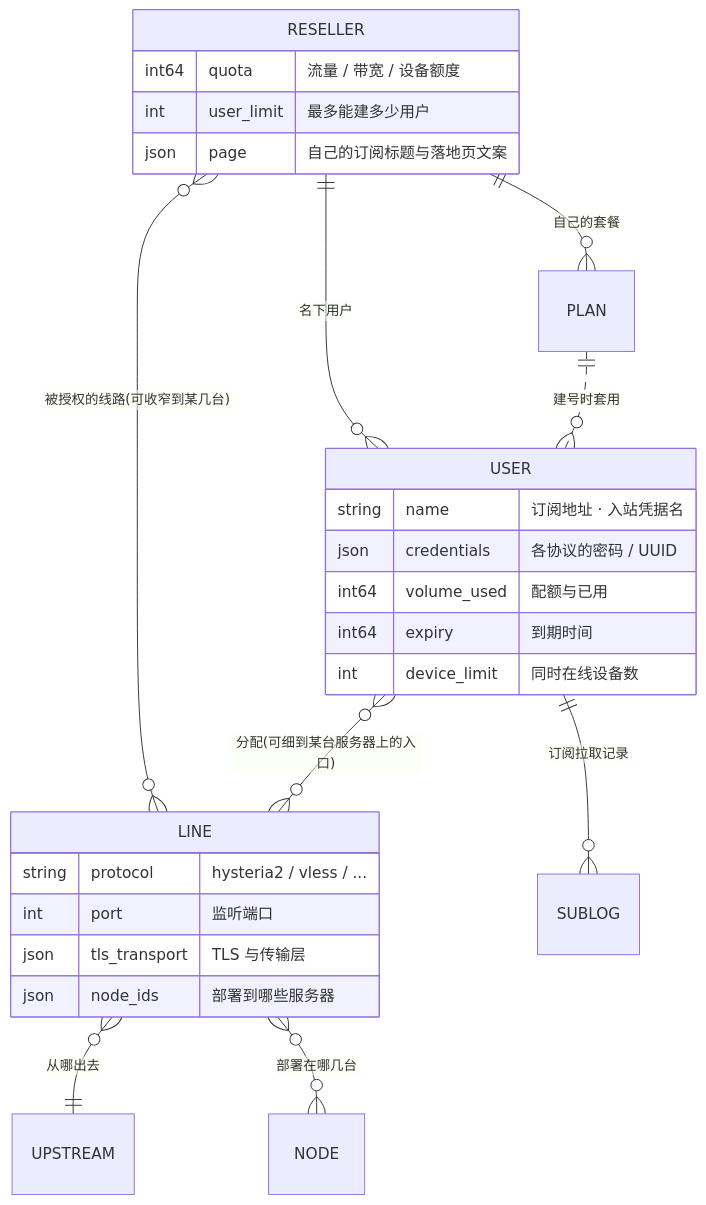
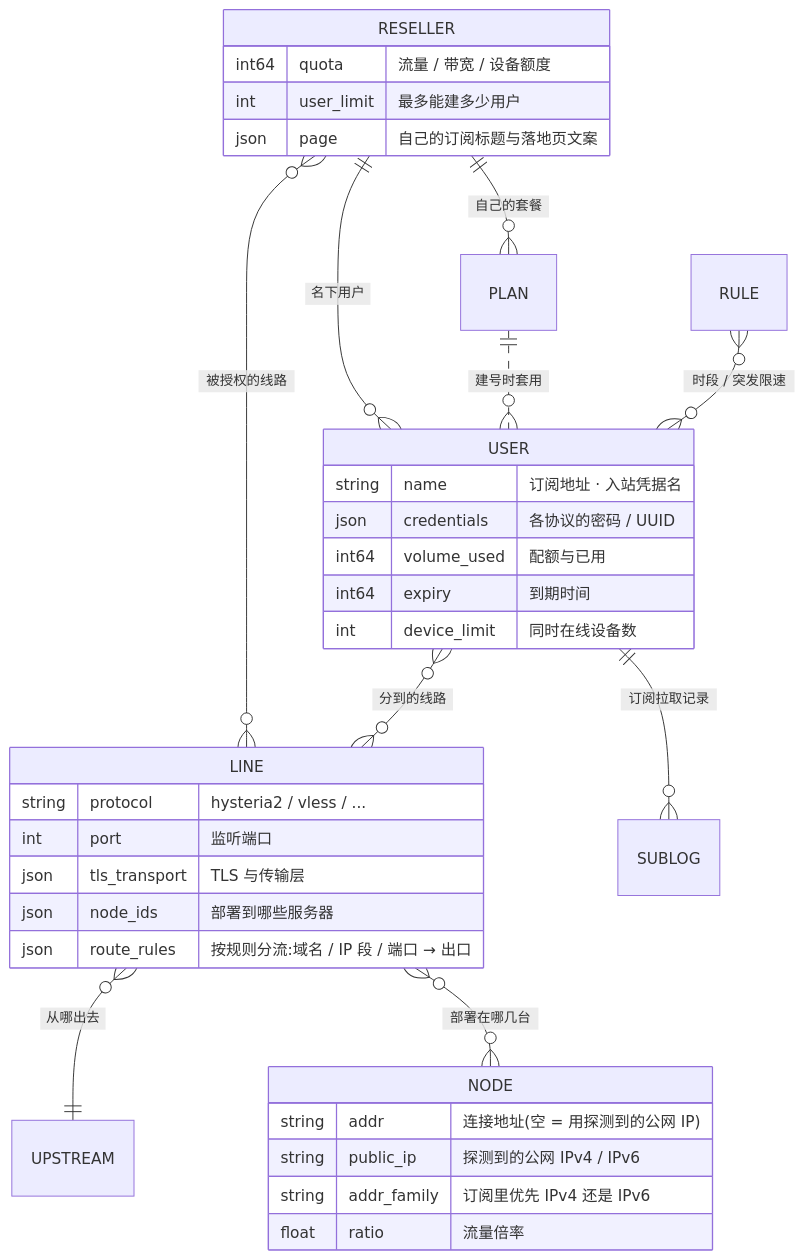
The fifth of 5 diagrams in data/readmes/Maoyangui__m-ui.md (zqf20096327/dbhub_collect), drawn with Mermaid before and after one commit. The commit also changed other lines of this file and 364 other files, not shown here.

````diff
--- a/data/readmes/Maoyangui__m-ui.md
+++ b/data/readmes/Maoyangui__m-ui.md
@@ -200,30 +218,42 @@
 ```mermaid
+---
+config:
+  htmlLabels: false
+---
 erDiagram
   RESELLER ||--o{ USER : "名下用户"
   RESELLER ||--o{ PLAN : "自己的套餐"
-  RESELLER }o--o{ LINE : "被授权的线路(可收窄到某几台)"
-  USER }o--o{ LINE : "分配(可细到某台服务器上的入口)"
+  RESELLER }o--o{ LINE : "被授权的线路"
+  USER }o--o{ LINE : "分到的线路"
   PLAN ||..o{ USER : "建号时套用"
   LINE }o--|| UPSTREAM : "从哪出去"
   LINE }o--o{ NODE : "部署在哪几台"
   USER ||--o{ SUBLOG : "订阅拉取记录"
+  RULE }o--o{ USER : "时段 / 突发限速"
 
   USER {
     string name "订阅地址 · 入站凭据名"
     json credentials "各协议的密码 / UUID"
     int64 volume_used "配额与已用"
     int64 expiry "到期时间"
     int device_limit "同时在线设备数"
   }
   LINE {
     string protocol "hysteria2 / vless / ..."
     int port "监听端口"
     json tls_transport "TLS 与传输层"
     json node_ids "部署到哪些服务器"
+    json route_rules "按规则分流:域名 / IP 段 / 端口 → 出口"
+  }
+  NODE {
+    string addr "连接地址(空 = 用探测到的公网 IP)"
+    string public_ip "探测到的公网 IPv4 / IPv6"
+    string addr_family "订阅里优先 IPv4 还是 IPv6"
+    float ratio "流量倍率"
   }
   RESELLER {
     int64 quota "流量 / 带宽 / 设备额度"
     int user_limit "最多能建多少用户"
     json page "自己的订阅标题与落地页文案"
   }
 ```
````
